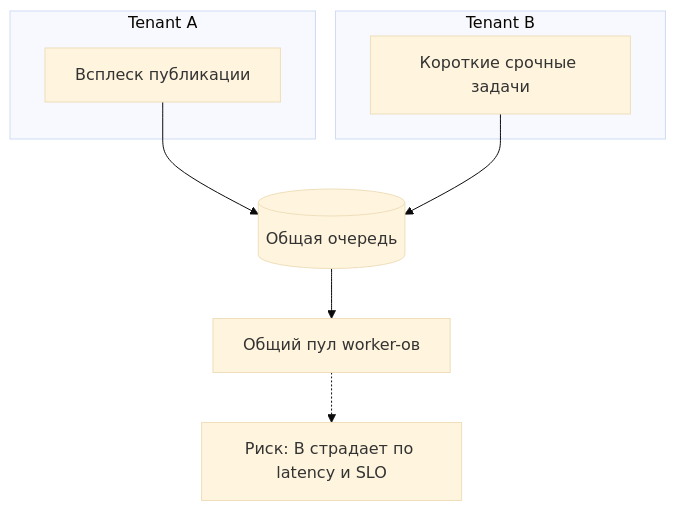
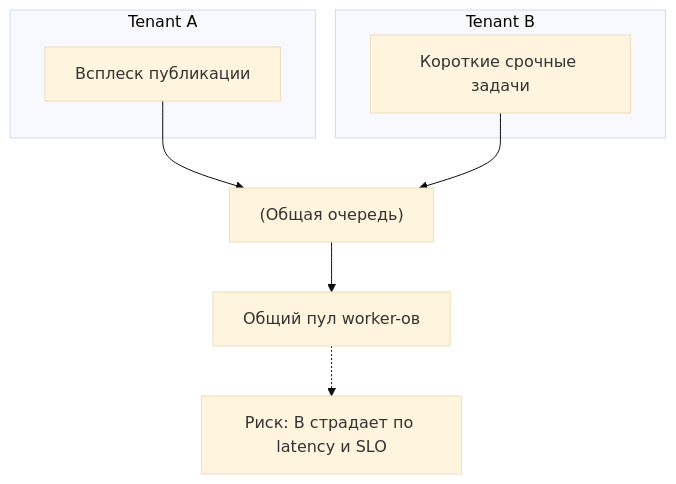
Before and after one commit to DDoSKudya/ai-study-atlas: the second of 3 diagrams in directions/services/celery/pact/17_bezopasnost_celery/14_17_17_5_multi_tenant_i_zero_trust_stsenarii.md, drawn with Mermaid (base theme). The commit also changed other lines of this file and 322 other files, not shown here.

Commit message:
fix(docs): make mermaid diagrams GitHub-compatible across directions content

````diff
--- a/directions/services/celery/pact/17_bezopasnost_celery/14_17_17_5_multi_tenant_i_zero_trust_stsenarii.md
+++ b/directions/services/celery/pact/17_bezopasnost_celery/14_17_17_5_multi_tenant_i_zero_trust_stsenarii.md
@@ -176,16 +176,16 @@
 ```mermaid
 flowchart TB
   subgraph tA["Tenant A"]
-    PA[Всплеск публикации]
+    PA["Всплеск публикации"]
   end
   subgraph tB["Tenant B"]
-    PB[Короткие срочные задачи]
+    PB["Короткие срочные задачи"]
   end
-  Q[(Общая очередь)]
-  W[Общий пул worker-ов]
+  Q["(Общая очередь)"]
+  W["Общий пул worker-ов"]
   PA --> Q
   PB --> Q
   Q --> W
-  X[Риск: B страдает по latency и SLO]
+  X["Риск: B страдает по latency и SLO"]
   W -.-> X
 ```
````
